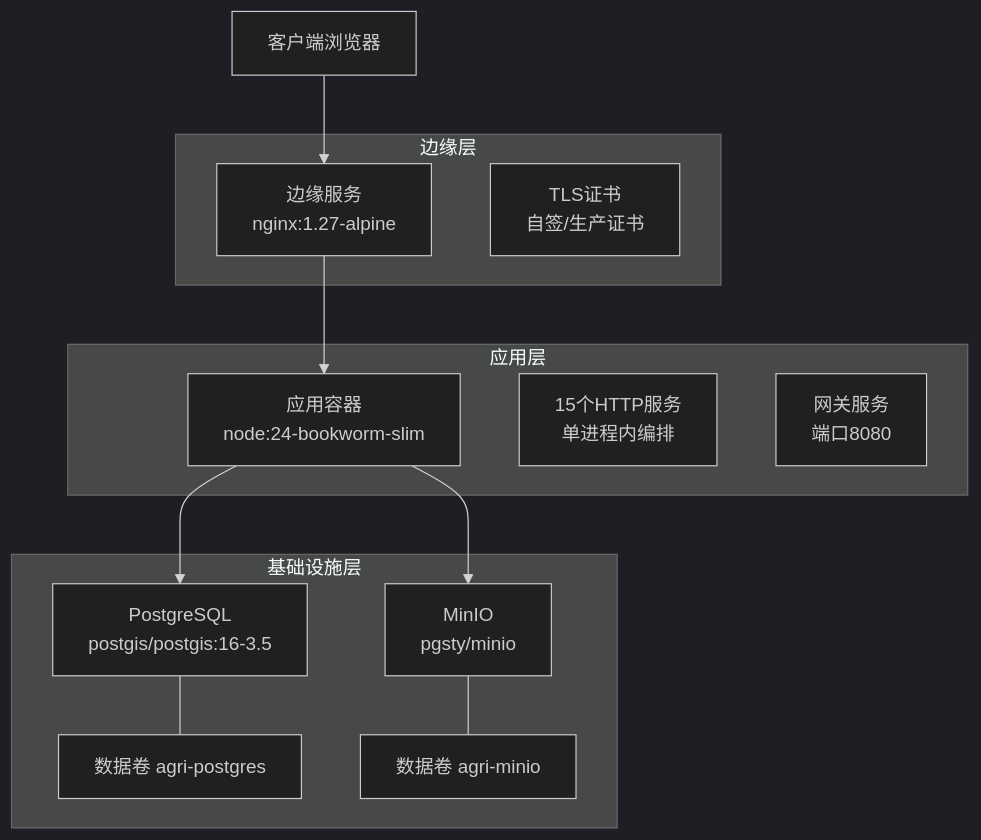
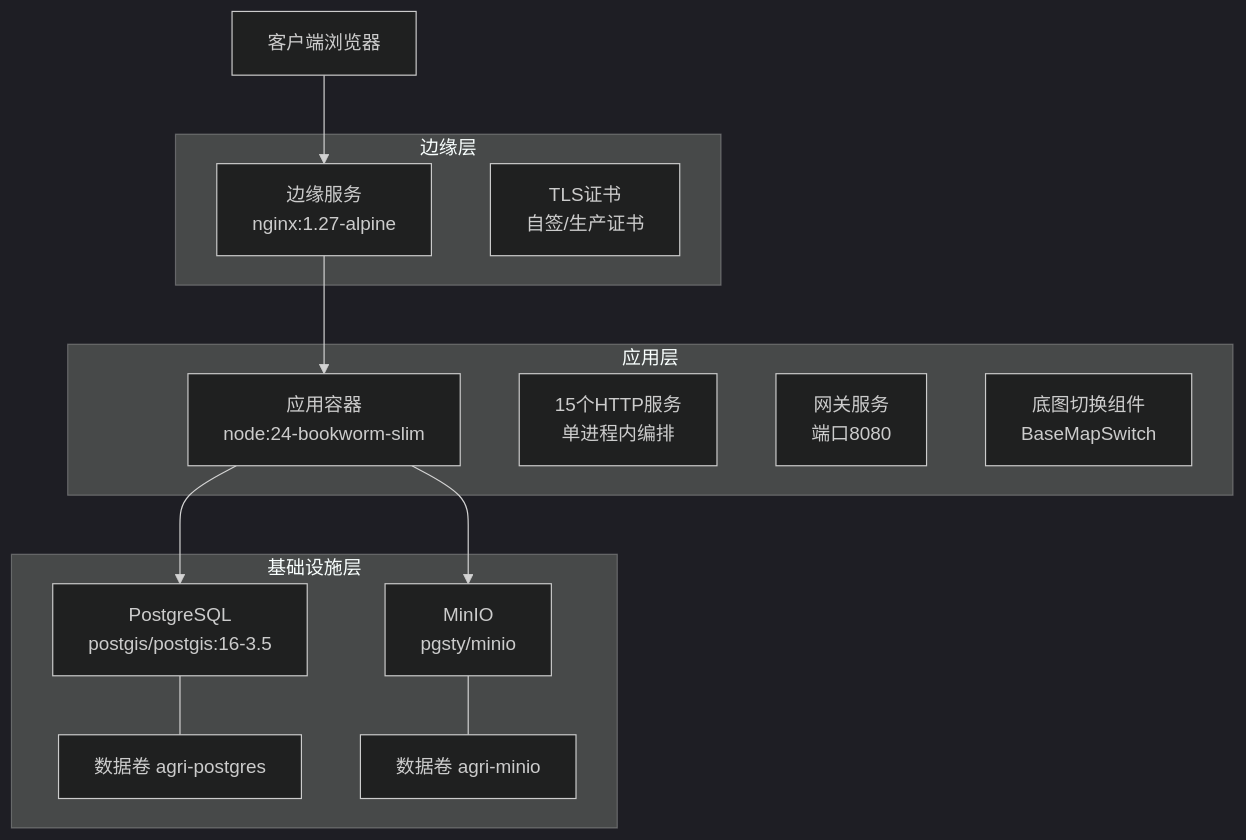
Before and after one commit to q446328246/agri-platform: the first of 3 diagrams in .qoder/repowiki/zh/content/基础设施/Docker编排.md, drawn with Mermaid (dark theme). The commit also changed other lines of this file and 3 other files, not shown here.

Commit message:
docs: 同步 repowiki 地图可视化与 Docker 编排文档重生成结果

````diff
--- a/.qoder/repowiki/zh/content/基础设施/Docker编排.md
+++ b/.qoder/repowiki/zh/content/基础设施/Docker编排.md
@@ -49,24 +51,25 @@
 ```mermaid
 graph TB
 subgraph "边缘层"
 EDGE["边缘服务<br/>nginx:1.27-alpine"]
 CERTS["TLS证书<br/>自签/生产证书"]
 end
 subgraph "应用层"
 APP["应用容器<br/>node:24-bookworm-slim"]
 SERVICES["15个HTTP服务<br/>单进程内编排"]
 GATEWAY["网关服务<br/>端口8080"]
+BASEMAP["底图切换组件<br/>BaseMapSwitch"]
 end
 subgraph "基础设施层"
 PG["PostgreSQL<br/>postgis/postgis:16-3.5"]
 MINIO["MinIO<br/>pgsty/minio"]
 VPG["数据卷 agri-postgres"]
 VMINIO["数据卷 agri-minio"]
 end
 CLIENT["客户端浏览器"] --> EDGE
 EDGE --> APP
 APP --> PG
 APP --> MINIO
 PG --- VPG
 MINIO --- VMINIO
 ```
````
